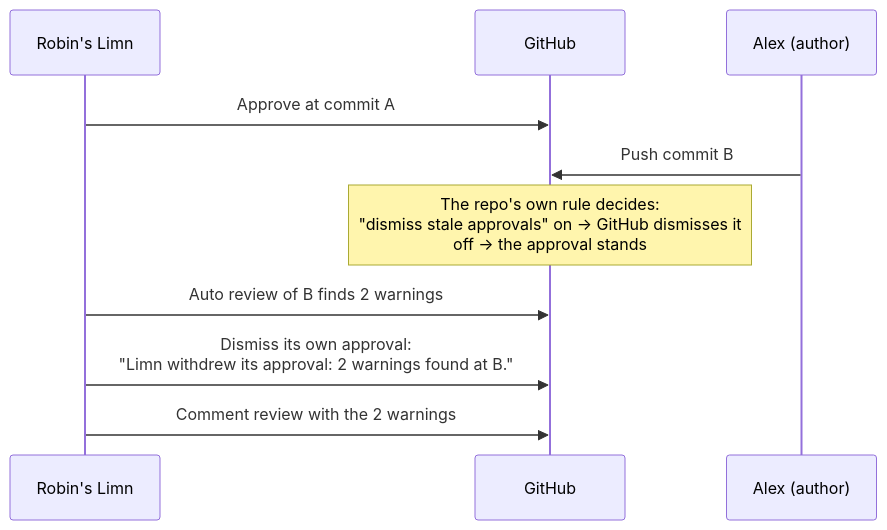
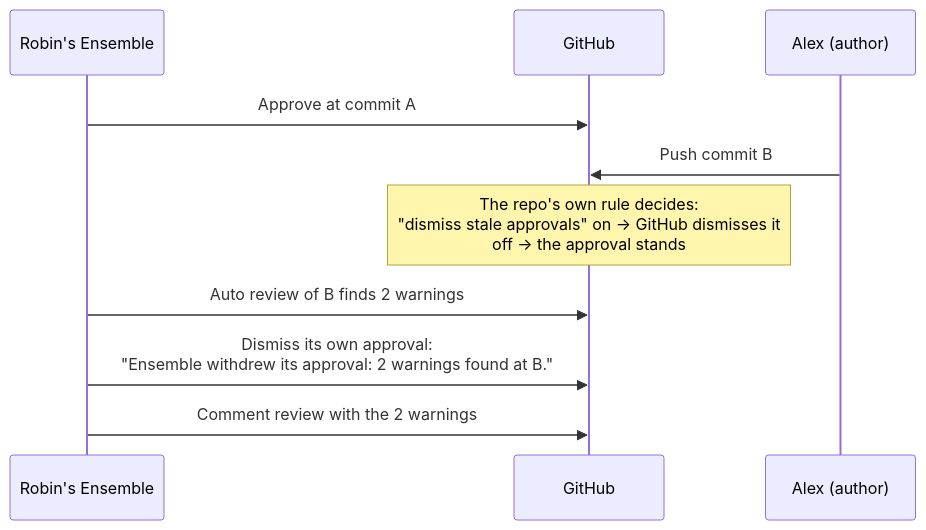
Before and after one commit to alexwakeman/pierre-review: the sixth of 8 diagrams in docs/TEAM-REVIEW.md, drawn with Mermaid. The commit also changed other lines of this file and 151 other files, not shown here.

````diff
--- a/docs/TEAM-REVIEW.md
+++ b/docs/TEAM-REVIEW.md
@@ -396,12 +438,12 @@
 ```mermaid
 sequenceDiagram
-  participant R as Robin's Limn
+  participant R as Robin's Ensemble
   participant GH as GitHub
   participant A as Alex (author)
   R->>GH: Approve at commit A
   A->>GH: Push commit B
   Note over GH: The repo's own rule decides:<br/>"dismiss stale approvals" on → GitHub dismisses it<br/>off → the approval stands
   R->>GH: Auto review of B finds 2 warnings
-  R->>GH: Dismiss its own approval:<br/>"Limn withdrew its approval: 2 warnings found at B."
+  R->>GH: Dismiss its own approval:<br/>"Ensemble withdrew its approval: 2 warnings found at B."
   R->>GH: Comment review with the 2 warnings
 ```
````
